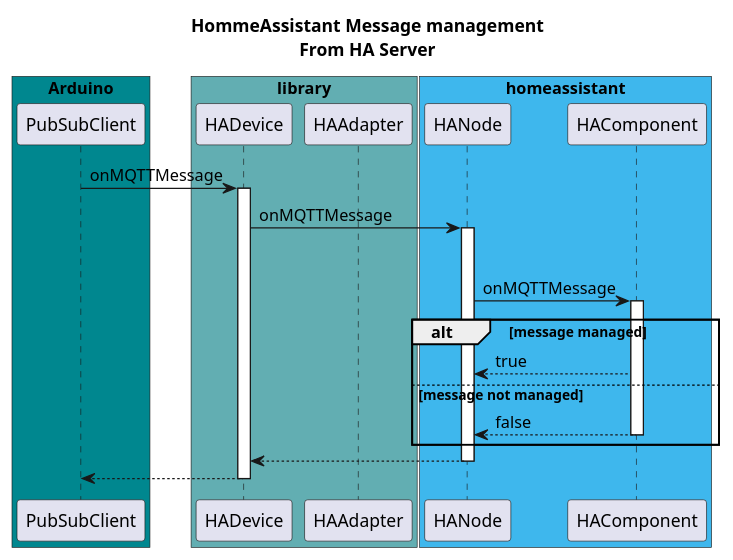
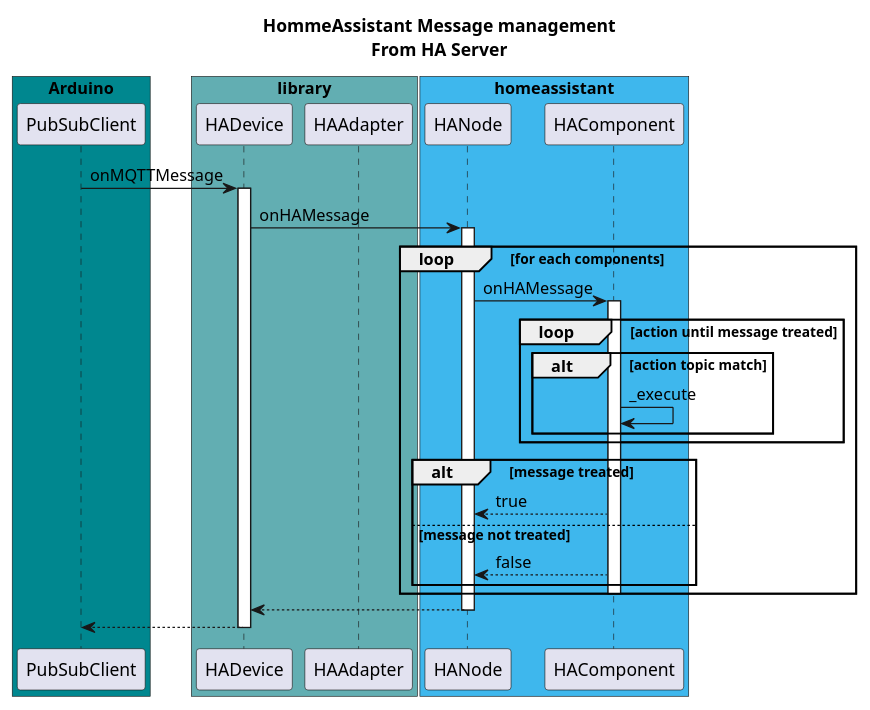
One commit to SBKila/homeassistantlibrary changed the diagram in doc/src/SD_HAMessage_DownStream_plantUML.puml. Above: the diagram before and after it, drawn with PlantUML. The commit also changed 20 other files, not shown here.

```diff
--- a/doc/src/SD_HAMessage_DownStream_plantUML.puml
+++ b/doc/src/SD_HAMessage_DownStream_plantUML.puml
@@ -1,33 +1,40 @@
 @startuml
 title HommeAssistant Message management\nFrom HA Server
 
 box "Arduino" #00878F
 participant PubSubClient
 end box
 
 box "library" #62AEB2
 participant HADevice
 participant HAAdapter
 end box
 
-box "homeassistant" #3eb7ed 
+box "homeassistant" #3eb7ed
 participant HANode
 participant HAComponent
 end box
 
 PubSubClient -> HADevice : onMQTTMessage
-  activate HADevice
-  HADevice -> HANode : onMQTTMessage
-    activate HANode
-    loop "for each components"
-    HANode -> HAComponent : onMQTTMessage
-    activate HAComponent
-      alt message managed
-      HANode <-- HAComponent : true
-      else message not managed
-      HANode <-- HAComponent : false
-      deactivate HAComponent
+activate HADevice
+HADevice -> HANode : onHAMessage
+activate HANode
+loop for each components
+  HANode -> HAComponent : onHAMessage
+  activate HAComponent
+  loop action until message treated
+    alt action topic match
+      HAComponent->HAComponent:_execute
     end
-    return
-  return
+  end
+  alt message treated
+    HANode <-- HAComponent : true
+  else message not treated
+    HANode <-- HAComponent : false
+  end
+  deactivate HAComponent
+end
+
+return
+return
 @enduml
```
